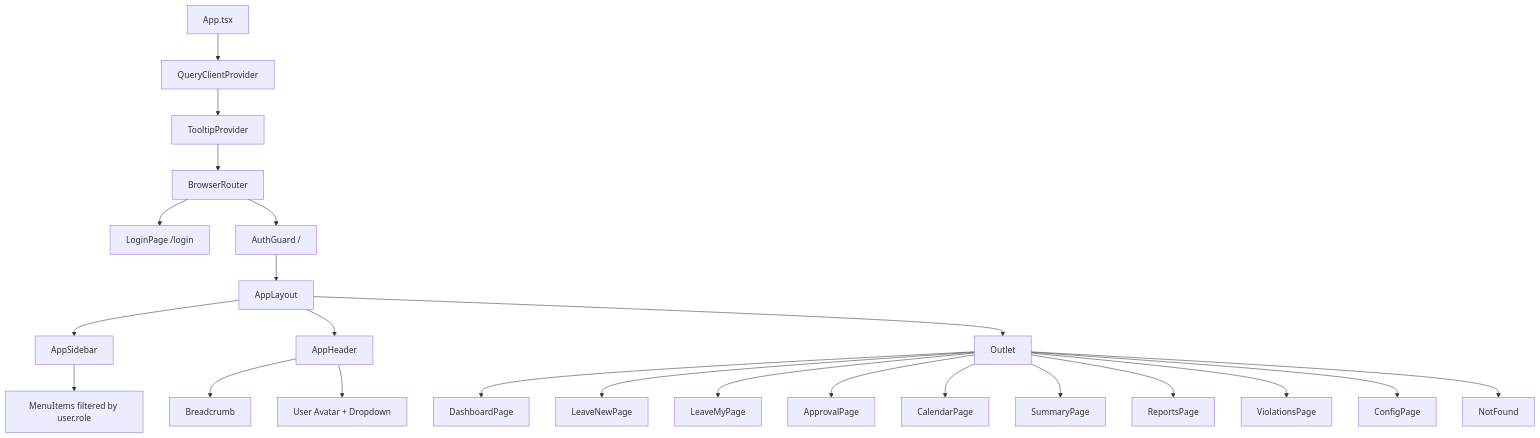
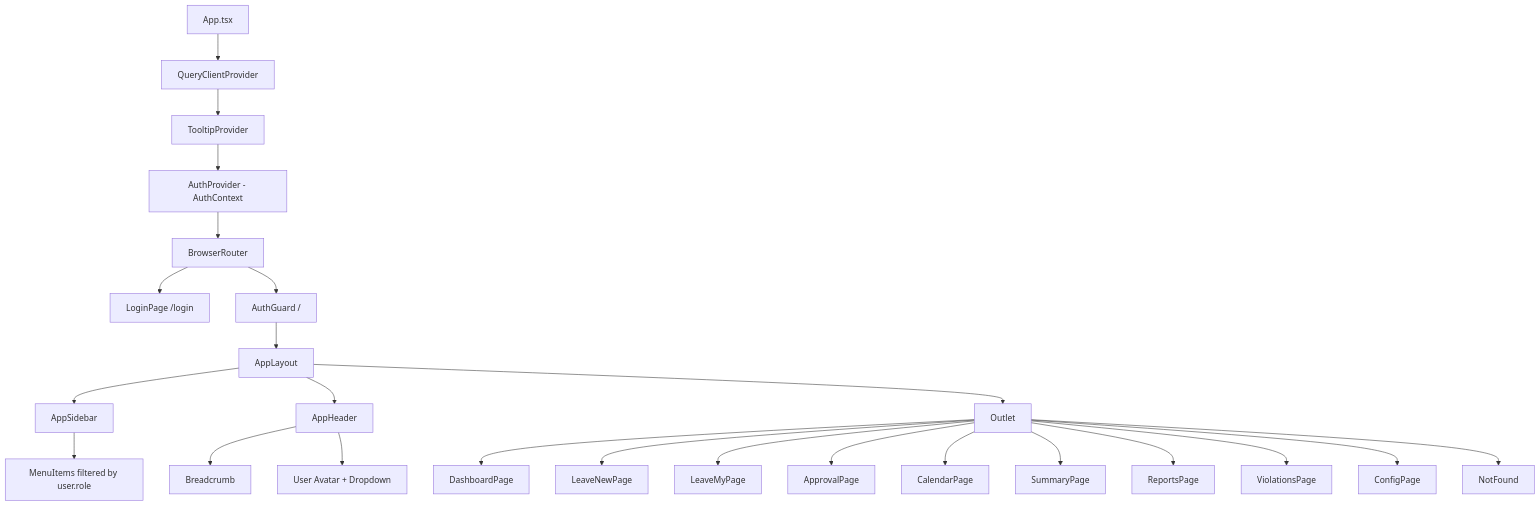
Before and after one commit to Ali-AnNT/qlnp-ttcds: the first of 7 diagrams in docs/system-architecture.md, drawn with Mermaid. The commit also changed other lines of this file and 60 other files, not shown here.

````diff
--- a/docs/system-architecture.md
+++ b/docs/system-architecture.md
@@ -81,27 +83,28 @@
 ```mermaid
 graph TD
     App[App.tsx]
     App --> QCP[QueryClientProvider]
     QCP --> TP[TooltipProvider]
-    TP --> BR[BrowserRouter]
+    TP --> AP[AuthProvider - AuthContext]
+    AP --> BR[BrowserRouter]
     BR --> LP[LoginPage /login]
     BR --> AG[AuthGuard /]
     AG --> AL[AppLayout]
     AL --> AS[AppSidebar]
     AL --> AH[AppHeader]
     AL --> OUT[Outlet]
     OUT --> DP[DashboardPage]
     OUT --> LNP[LeaveNewPage]
     OUT --> LMP[LeaveMyPage]
-    OUT --> AP[ApprovalPage]
+    OUT --> APV[ApprovalPage]
     OUT --> CP[CalendarPage]
     OUT --> SP[SummaryPage]
     OUT --> RP[ReportsPage]
     OUT --> VP[ViolationsPage]
     OUT --> CFP[ConfigPage]
     OUT --> NF[NotFound]
 
     AS --> MenuItems[MenuItems filtered by user.role]
     AH --> BC[Breadcrumb]
     AH --> UserMenu[User Avatar + Dropdown]
 ```
````
